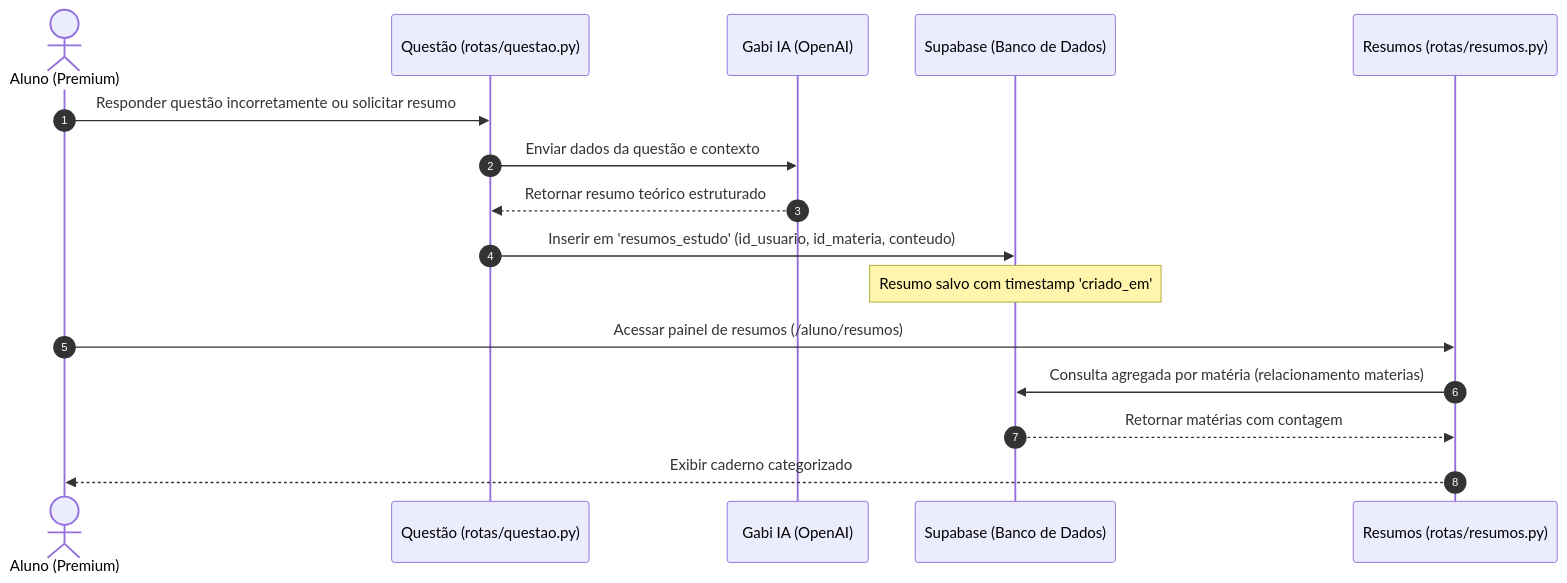
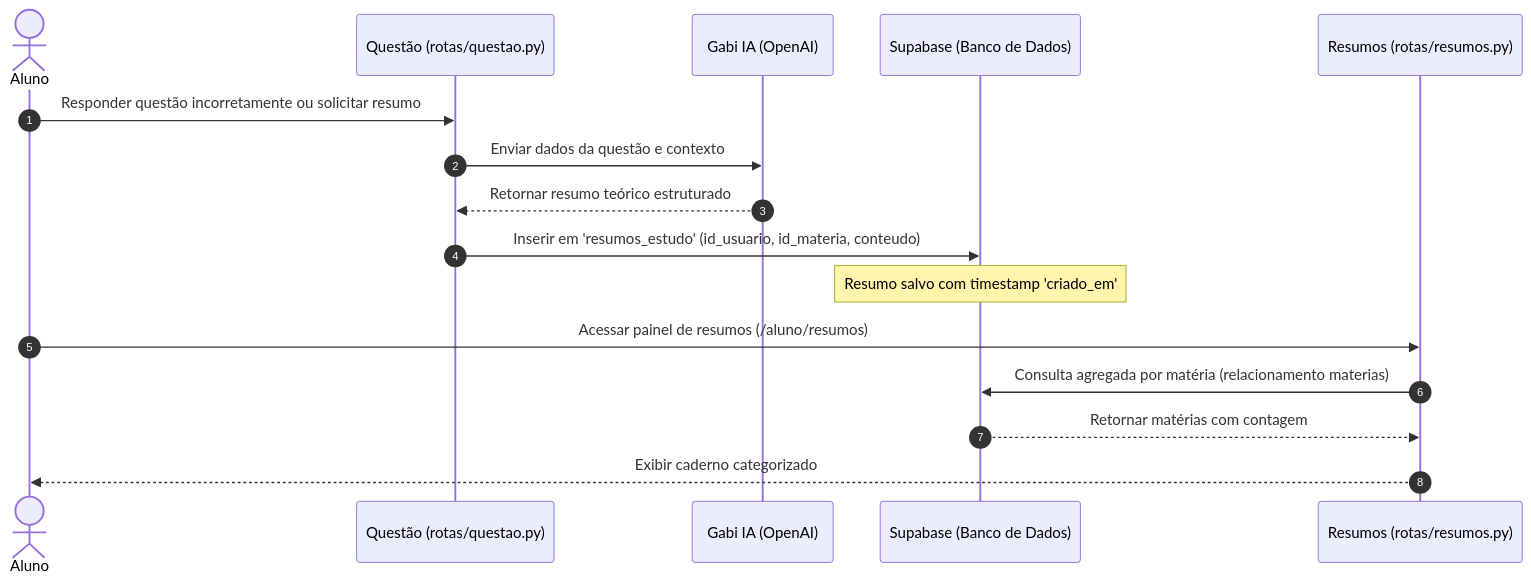
Before and after one commit to thierry-moreira/gabaritei-questoes: the diagram in docs/rotas/resumos.md, drawn with Mermaid. The commit also changed other lines of this file and 12 other files, not shown here.

````diff
--- a/docs/rotas/resumos.md
+++ b/docs/rotas/resumos.md
@@ -12,20 +12,20 @@
 ```mermaid
 sequenceDiagram
     autonumber
-    actor Aluno as Aluno (Premium)
+    actor Aluno
     participant Q as Questão (rotas/questao.py)
     participant IA as Gabi IA (OpenAI)
     participant DB as Supabase (Banco de Dados)
     participant R as Resumos (rotas/resumos.py)
 
     Aluno->>Q: Responder questão incorretamente ou solicitar resumo
     Q->>IA: Enviar dados da questão e contexto
     IA-->>Q: Retornar resumo teórico estruturado
     Q->>DB: Inserir em 'resumos_estudo' (id_usuario, id_materia, conteudo)
     Note over DB: Resumo salvo com timestamp 'criado_em'
     
     Aluno->>R: Acessar painel de resumos (/aluno/resumos)
     R->>DB: Consulta agregada por matéria (relacionamento materias)
     DB-->>R: Retornar matérias com contagem
     R-->>Aluno: Exibir caderno categorizado
 ```
````
